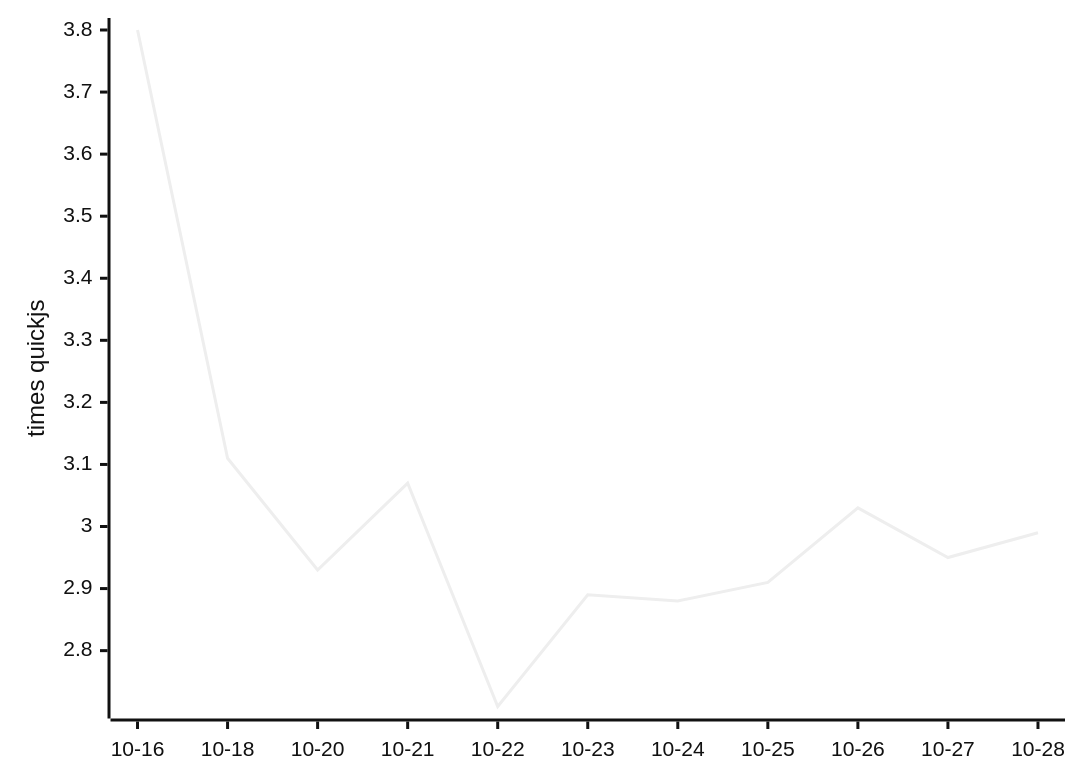
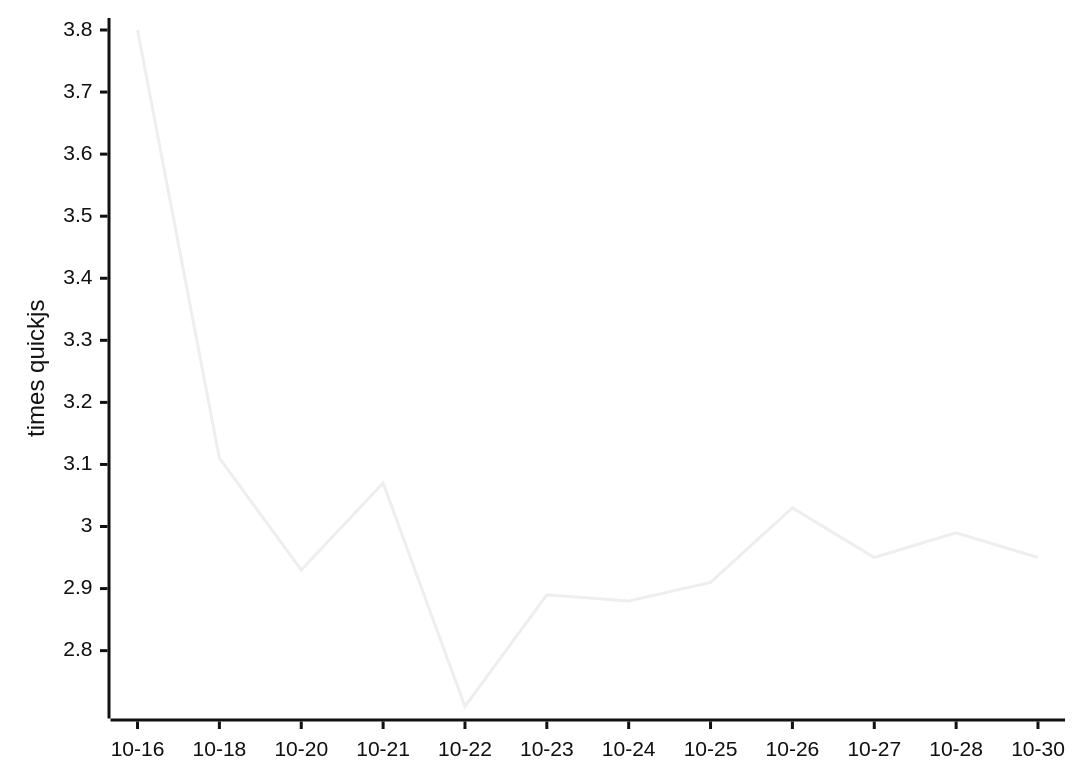
Before and after one commit to mozzius/kahvi: the diagram in README.md, drawn with Mermaid (neutral theme). The commit also changed other lines of this file and 1 other file, not shown here.

````diff
--- a/README.md
+++ b/README.md
@@ -9,6 +9,6 @@
 ```mermaid
 xychart-beta
-  x-axis ["10-16", "10-18", "10-20", "10-21", "10-22", "10-23", "10-24", "10-25", "10-26", "10-27", "10-28"]
+  x-axis ["10-16", "10-18", "10-20", "10-21", "10-22", "10-23", "10-24", "10-25", "10-26", "10-27", "10-28", "10-30"]
   y-axis "times quickjs"
-  line [3.80, 3.11, 2.93, 3.07, 2.71, 2.89, 2.88, 2.91, 3.03, 2.95, 2.99]
+  line [3.80, 3.11, 2.93, 3.07, 2.71, 2.89, 2.88, 2.91, 3.03, 2.95, 2.99, 2.95]
 ```
````
